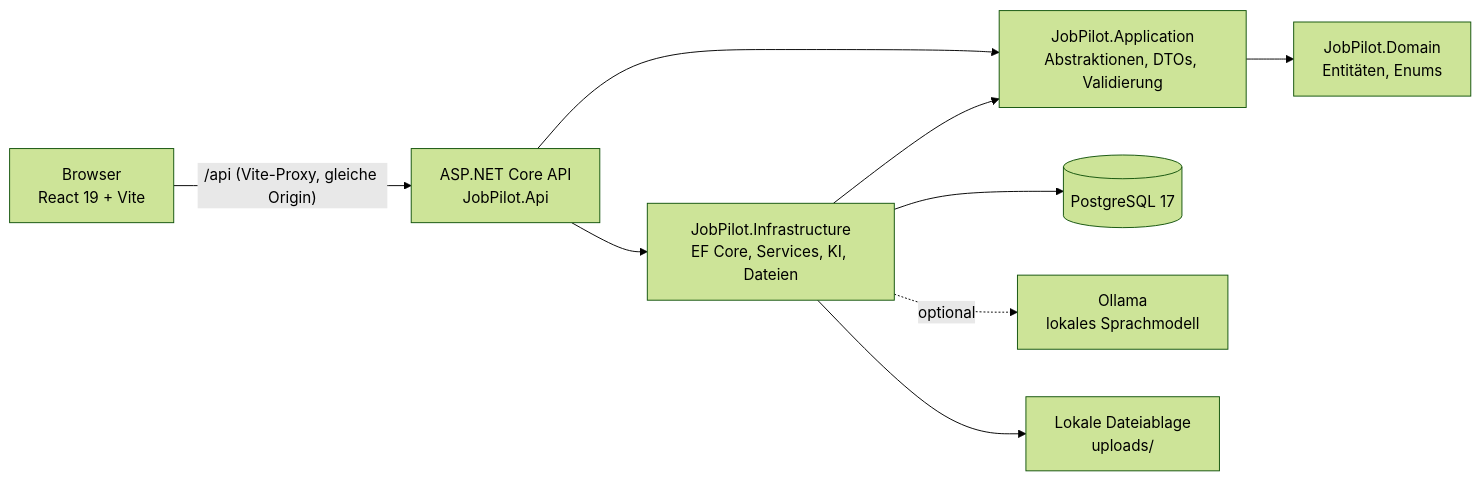
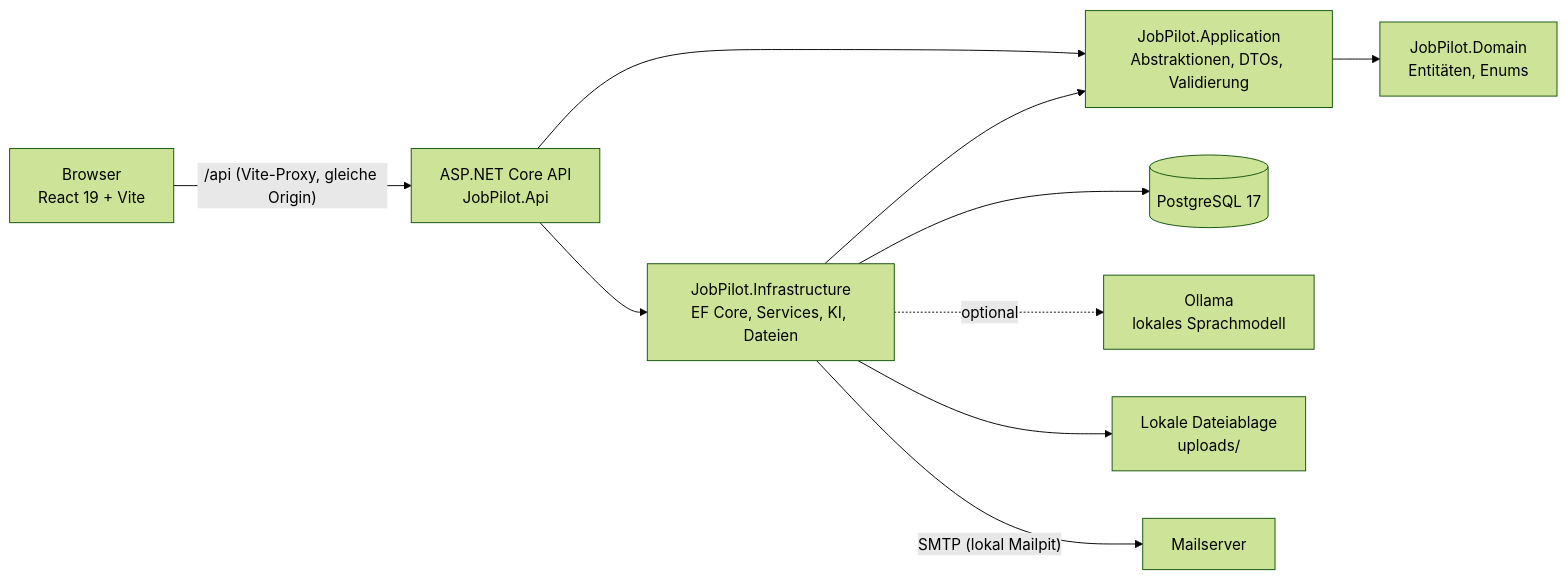
One commit to VictoryPro17/ITjobPolot-AI changed the first of 4 diagrams in docs/ARCHITEKTUR.md. Above: the diagram before and after it, drawn with Mermaid (forest theme). The commit also changed other lines of this file and 48 other files, not shown here.

````diff
--- a/docs/ARCHITEKTUR.md
+++ b/docs/ARCHITEKTUR.md
@@ -22,11 +23,12 @@
 ```mermaid
 flowchart LR
     Browser["Browser<br/>React 19 + Vite"] -->|"/api (Vite-Proxy, gleiche Origin)"| Api["ASP.NET Core API<br/>JobPilot.Api"]
     Api --> App["JobPilot.Application<br/>Abstraktionen, DTOs, Validierung"]
     Api --> Infra["JobPilot.Infrastructure<br/>EF Core, Services, KI, Dateien"]
     Infra --> App
     App --> Domain["JobPilot.Domain<br/>Entitäten, Enums"]
     Infra --> DB[("PostgreSQL 17")]
     Infra -.->|optional| Ollama["Ollama<br/>lokales Sprachmodell"]
     Infra --> Files["Lokale Dateiablage<br/>uploads/"]
+    Infra -->|"SMTP (lokal Mailpit)"| Mail["Mailserver"]
 ```
````
